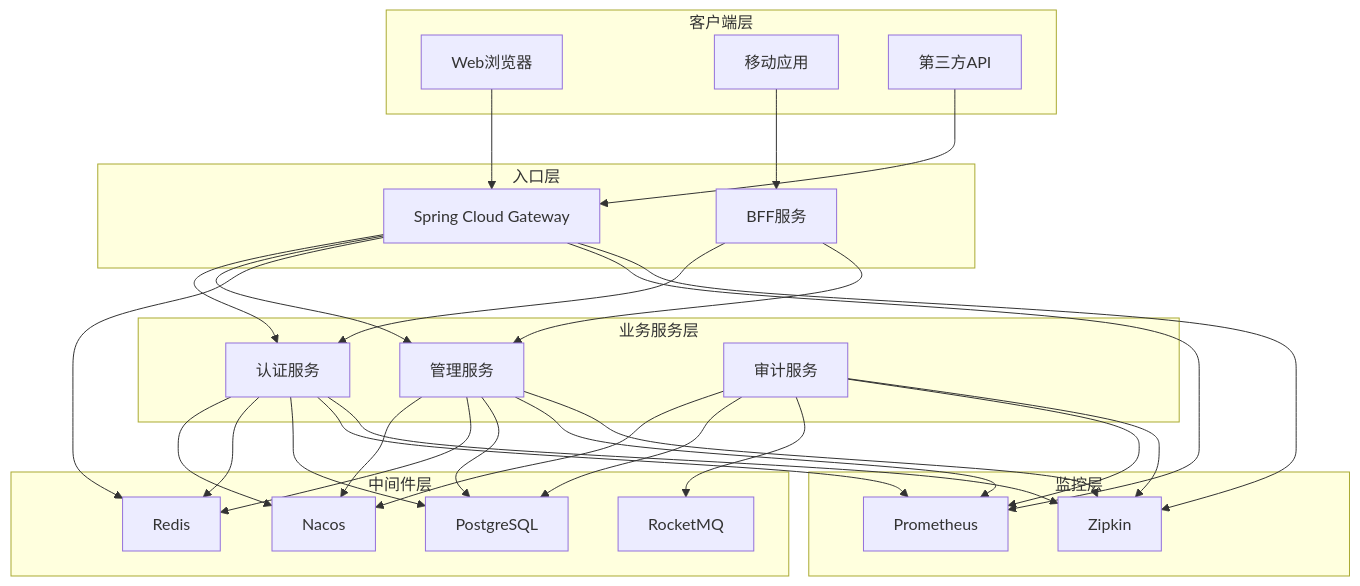
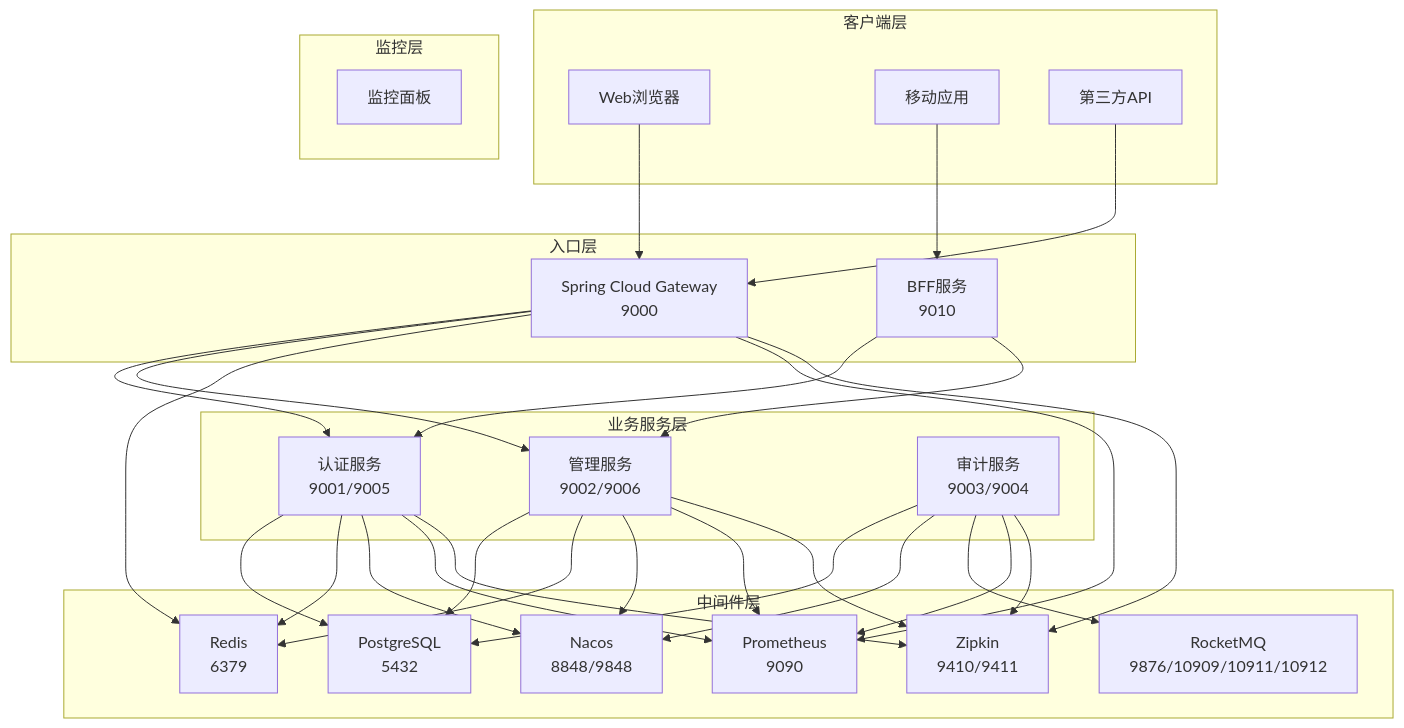
One commit to fq0121104930716/iam-platform changed the second of 7 diagrams in .qoder/repowiki/zh/content/开发指南/开发环境搭建/中间件环境配置指南.md. Above: the diagram before and after it, drawn with Mermaid. The commit also changed other lines of this file and 6 other files, not shown here.

````diff
--- a/.qoder/repowiki/zh/content/开发指南/开发环境搭建/中间件环境配置指南.md
+++ b/.qoder/repowiki/zh/content/开发指南/开发环境搭建/中间件环境配置指南.md
@@ -150,52 +158,53 @@
 ```mermaid
 graph TB
 subgraph "客户端层"
 WEB[Web浏览器]
 MOBILE[移动应用]
 API[第三方API]
 end
 subgraph "入口层"
-GATEWAY[Spring Cloud Gateway]
-BFF[BFF服务]
+GATEWAY[Spring Cloud Gateway<br/>9000]
+BFF[BFF服务<br/>9010]
 end
 subgraph "业务服务层"
-AUTH[认证服务]
-ADMIN[管理服务]
-AUDIT[审计服务]
+AUTH[认证服务<br/>9001/9005]
+ADMIN[管理服务<br/>9002/9006]
+AUDIT[审计服务<br/>9003/9004]
 end
 subgraph "中间件层"
-NACOS[Nacos]
-REDIS[Redis]
-POSTGRES[PostgreSQL]
-MQ[RocketMQ]
+POSTGRES[PostgreSQL<br/>5432]
+REDIS[Redis<br/>6379]
+NACOS[Nacos<br/>8848/9848]
+MQ[RocketMQ<br/>9876/10909/10911/10912]
+PROM[Prometheus<br/>9090]
+ZIPKIN[Zipkin<br/>9410/9411]
 end
 subgraph "监控层"
-PROM[Prometheus]
-ZIPKIN[Zipkin]
+MONITOR[监控面板]
 end
 WEB --> GATEWAY
 MOBILE --> BFF
 API --> GATEWAY
 GATEWAY --> AUTH
 GATEWAY --> ADMIN
 BFF --> AUTH
 BFF --> ADMIN
+AUTH --> POSTGRES
+ADMIN --> POSTGRES
+AUDIT --> POSTGRES
+AUTH --> REDIS
+ADMIN --> REDIS
+GATEWAY --> REDIS
 AUTH --> NACOS
 ADMIN --> NACOS
 AUDIT --> NACOS
-AUTH --> REDIS
-ADMIN --> REDIS
-GATEWAY --> REDIS
-AUTH --> POSTGRES
-ADMIN --> POSTGRES
-AUDIT --> POSTGRES
 AUDIT --> MQ
 AUTH --> PROM
 ADMIN --> PROM
 AUDIT --> PROM
 GATEWAY --> PROM
 AUTH --> ZIPKIN
 ADMIN --> ZIPKIN
 AUDIT --> ZIPKIN
 GATEWAY --> ZIPKIN
 ```
````
